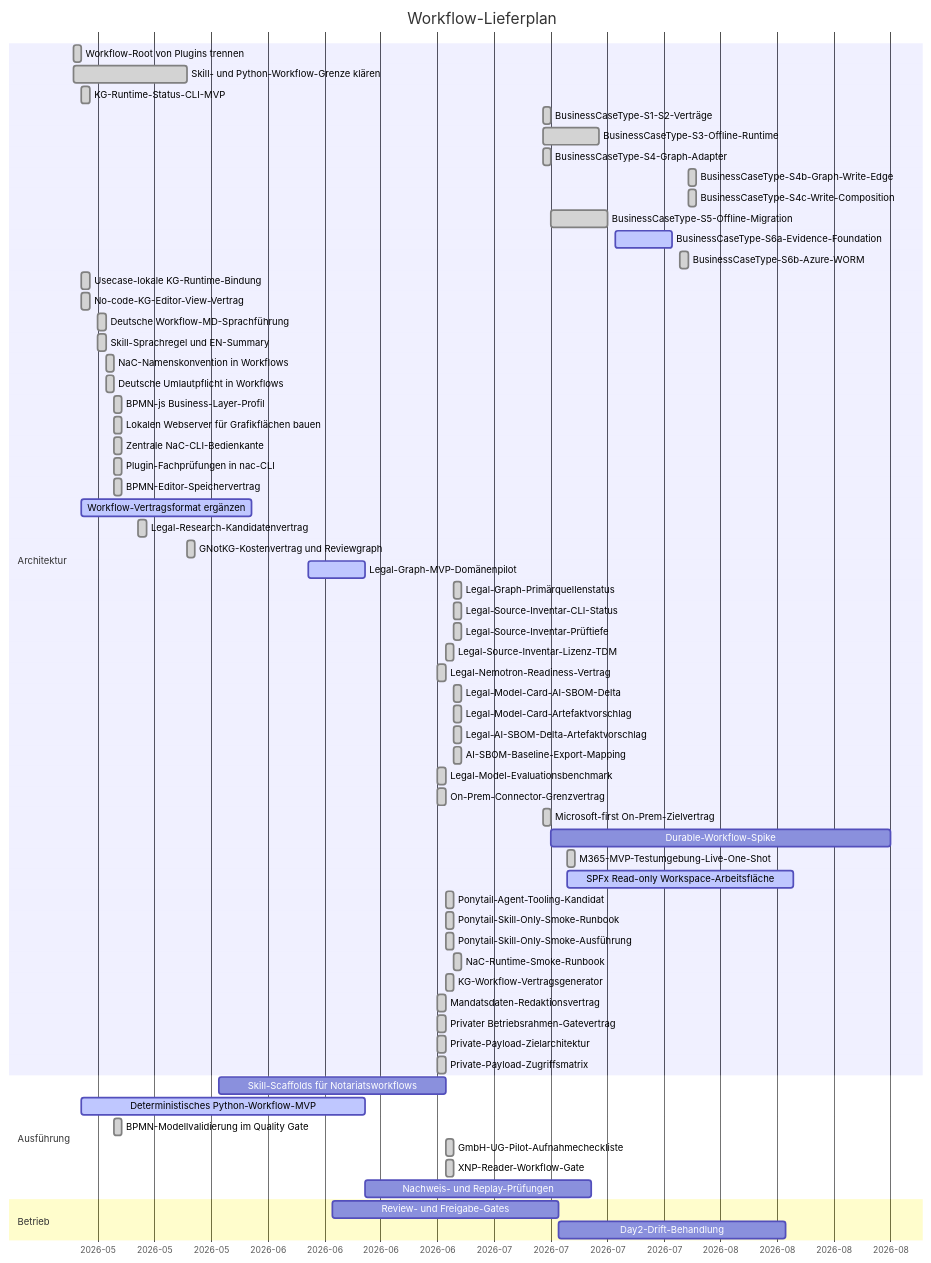
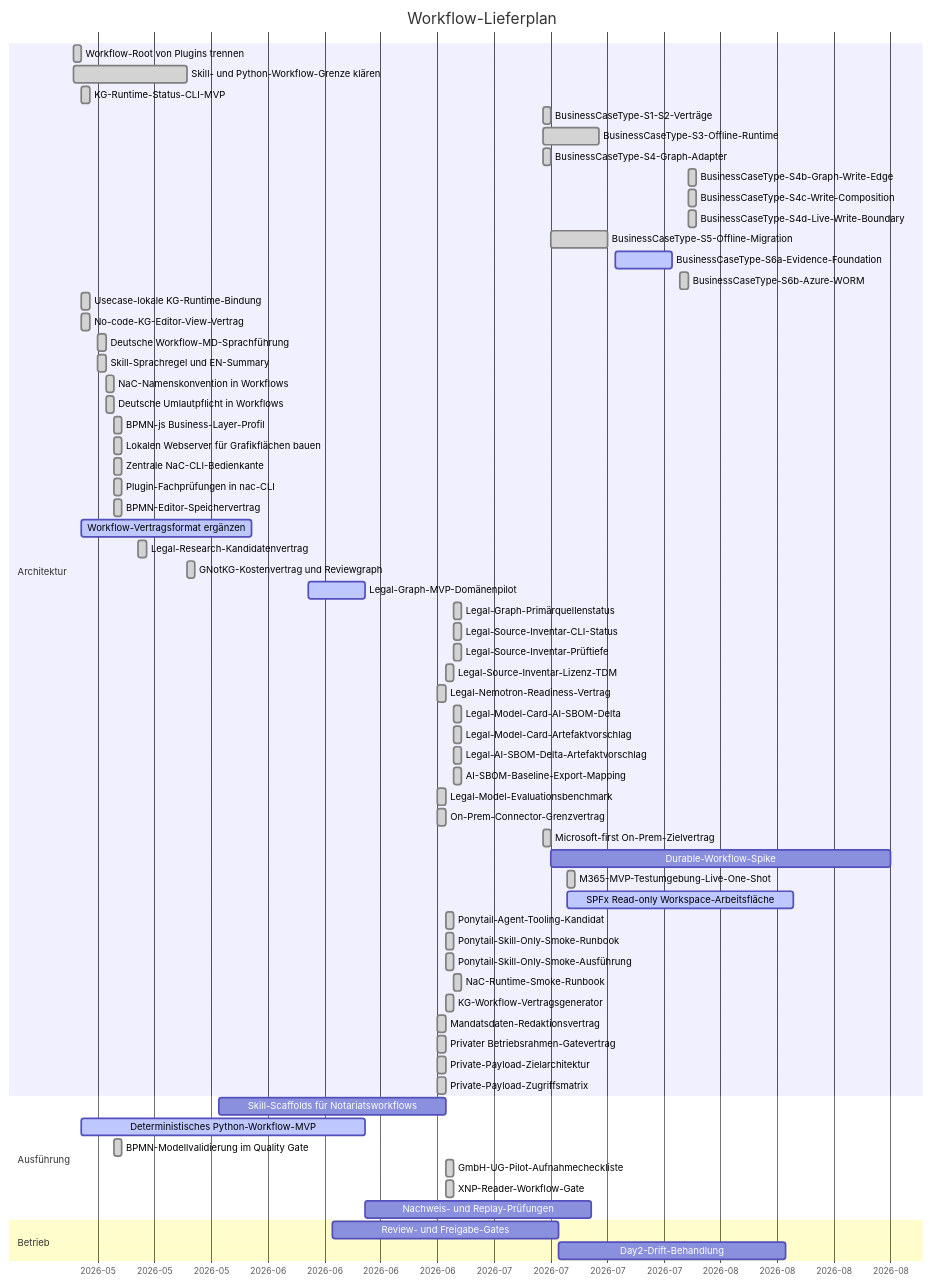
One commit to notariat8/NaC changed the diagram in workflows/GANTT.md. Above: the diagram before and after it, drawn with Mermaid. The commit also changed 31 other files, not shown here.

Commit message:
feat(m365): add owner-gated live write boundary (#700) (#701)

````diff
--- a/workflows/GANTT.md
+++ b/workflows/GANTT.md
@@ -5,70 +5,71 @@
 ```mermaid
 gantt
     title Workflow-Lieferplan
     dateFormat  YYYY-MM-DD
     axisFormat  %Y-%m
 
     section Architektur
     Workflow-Root von Plugins trennen          :done,   w1, 2026-05-14, 1d
     Skill- und Python-Workflow-Grenze klären  :done,   w2, 2026-05-14, 14d
     KG-Runtime-Status-CLI-MVP                  :done,   w3, 2026-05-15, 1d
     BusinessCaseType-S1-S2-Verträge            :done,   w3b, 2026-07-11, 1d
     BusinessCaseType-S3-Offline-Runtime         :done,   w3c, 2026-07-11, 7d
     BusinessCaseType-S4-Graph-Adapter           :done,   w3d, 2026-07-11, 1d
     BusinessCaseType-S4b-Graph-Write-Edge       :done,   w3h, 2026-07-29, 1d
     BusinessCaseType-S4c-Write-Composition      :done,   w3i, 2026-07-29, 1d
+    BusinessCaseType-S4d-Live-Write-Boundary    :done,   w3j, 2026-07-29, 1d
     BusinessCaseType-S5-Offline-Migration      :done,   w3e, 2026-07-12, 7d
     BusinessCaseType-S6a-Evidence-Foundation    :active, w3f, 2026-07-20, 7d
     BusinessCaseType-S6b-Azure-WORM           :done,   w3g, 2026-07-28, 1d
     Usecase-lokale KG-Runtime-Bindung          :done,   w3a, 2026-05-15, 1d
     No-code-KG-Editor-View-Vertrag             :done,   w4a, 2026-05-15, 1d
     Deutsche Workflow-MD-Sprachführung        :done,   w4b, 2026-05-17, 1d
     Skill-Sprachregel und EN-Summary            :done,   w4c, 2026-05-17, 1d
     NaC-Namenskonvention in Workflows           :done,   w4d, 2026-05-18, 1d
     Deutsche Umlautpflicht in Workflows         :done,   w4e, 2026-05-18, 1d
     BPMN-js Business-Layer-Profil               :done,   w4f, 2026-05-19, 1d
     Lokalen Webserver für Grafikflächen bauen  :done,   w4g, 2026-05-19, 1d
     Zentrale NaC-CLI-Bedienkante                :done,   w4h, 2026-05-19, 1d
     Plugin-Fachprüfungen in nac-CLI             :done,   w4i, 2026-05-19, 1d
     BPMN-Editor-Speichervertrag                 :done,   w4j, 2026-05-19, 1d
     Workflow-Vertragsformat ergänzen          :active, w4, 2026-05-15, 21d
     Legal-Research-Kandidatenvertrag           :done,   w4k, 2026-05-22, 1d
     GNotKG-Kostenvertrag und Reviewgraph        :done,   w4l, 2026-05-28, 1d
     Legal-Graph-MVP-Domänenpilot              :active, w4m, 2026-06-12, 7d
     Legal-Graph-Primärquellenstatus            :done,   w4z, 2026-06-30, 1d
     Legal-Source-Inventar-CLI-Status           :done,   w4aa, 2026-06-30, 1d
     Legal-Source-Inventar-Prüftiefe            :done,   w4af, 2026-06-30, 1d
     Legal-Source-Inventar-Lizenz-TDM           :done,   w4u, 2026-06-29, 1d
     Legal-Nemotron-Readiness-Vertrag            :done,   w4s, 2026-06-28, 1d
     Legal-Model-Card-AI-SBOM-Delta             :done,   w4ab, 2026-06-30, 1d
     Legal-Model-Card-Artefaktvorschlag         :done,   w4ac, 2026-06-30, 1d
     Legal-AI-SBOM-Delta-Artefaktvorschlag      :done,   w4ad, 2026-06-30, 1d
     AI-SBOM-Baseline-Export-Mapping            :done,   w4ae, 2026-06-30, 1d
     Legal-Model-Evaluationsbenchmark           :done,   w4t, 2026-06-28, 1d
     On-Prem-Connector-Grenzvertrag            :done,   w4n, 2026-06-28, 1d
     Microsoft-first On-Prem-Zielvertrag          :done,   w4ah, 2026-07-11, 1d
     Durable-Workflow-Spike                       :        w4ai, after w4ah, 42d
     M365-MVP-Testumgebung-Live-One-Shot          :done,   w4aj, 2026-07-14, 1d
     SPFx Read-only Workspace-Arbeitsfläche       :active, w4ak, 2026-07-14, 28d
     Ponytail-Agent-Tooling-Kandidat            :done,   w4v, 2026-06-29, 1d
     Ponytail-Skill-Only-Smoke-Runbook          :done,   w4w, 2026-06-29, 1d
     Ponytail-Skill-Only-Smoke-Ausführung       :done,   w4x, 2026-06-29, 1d
     NaC-Runtime-Smoke-Runbook                  :done,   w4ag, 2026-06-30, 1d
     KG-Workflow-Vertragsgenerator              :done,   w4y, 2026-06-29, 1d
     Mandatsdaten-Redaktionsvertrag             :done,   w4o, 2026-06-28, 1d
     Privater Betriebsrahmen-Gatevertrag        :done,   w4p, 2026-06-28, 1d
     Private-Payload-Zielarchitektur            :done,   w4q, 2026-06-28, 1d
     Private-Payload-Zugriffsmatrix             :done,   w4r, 2026-06-28, 1d
 
     section Ausführung
     Skill-Scaffolds für Notariatsworkflows    :        w5, 2026-06-01, 28d
     Deterministisches Python-Workflow-MVP      :active, w6, 2026-05-15, 35d
     BPMN-Modellvalidierung im Quality Gate      :done,   w6a, 2026-05-19, 1d
     GmbH-UG-Pilot-Aufnahmecheckliste           :done,   w6b, 2026-06-29, 1d
     XNP-Reader-Workflow-Gate                   :done,   w6c, 2026-06-29, 1d
     Nachweis- und Replay-Prüfungen            :        w7, after w6, 28d
 
     section Betrieb
     Review- und Freigabe-Gates                 :        w8, 2026-06-15, 28d
     Day2-Drift-Behandlung                      :        w9, after w8, 28d
 ```
````
